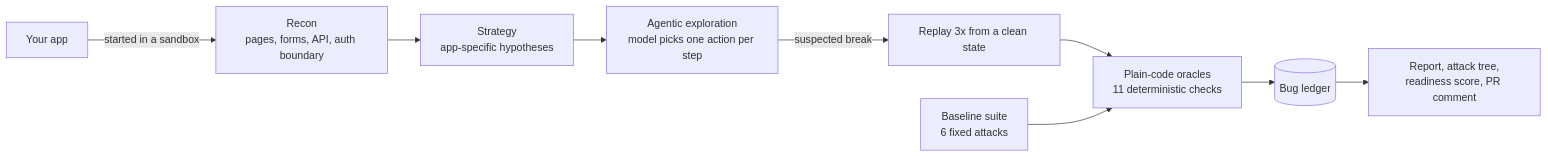
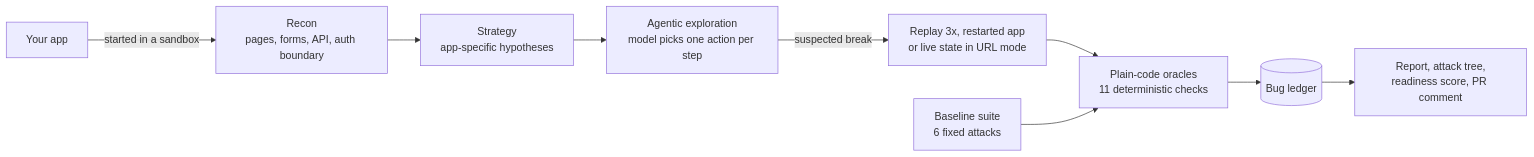
One commit to Barathkumar-17/SENTRI changed the diagram in documentation/README.md. Above: the diagram before and after it, drawn with Mermaid. The commit also changed 8 other files, not shown here.

Commit message:
Docs: black-box testing, URL mode, adaptive exploration, insufficient coverage, usage limits and unknown cost

````diff
--- a/documentation/README.md
+++ b/documentation/README.md
@@ -23,11 +23,11 @@
 ```mermaid
 flowchart LR
     A[Your app] -->|started in a sandbox| R[Recon<br/>pages, forms, API, auth boundary]
     R --> S[Strategy<br/>app-specific hypotheses]
     S --> E[Agentic exploration<br/>model picks one action per step]
-    E -->|suspected break| C[Replay 3x from a clean state]
+    E -->|suspected break| C[Replay 3x, restarted app<br/>or live state in URL mode]
     C --> O[Plain-code oracles<br/>11 deterministic checks]
     O --> L[(Bug ledger)]
     B[Baseline suite<br/>6 fixed attacks] --> O
     L --> Rep[Report, attack tree,<br/>readiness score, PR comment]
 ```
````
